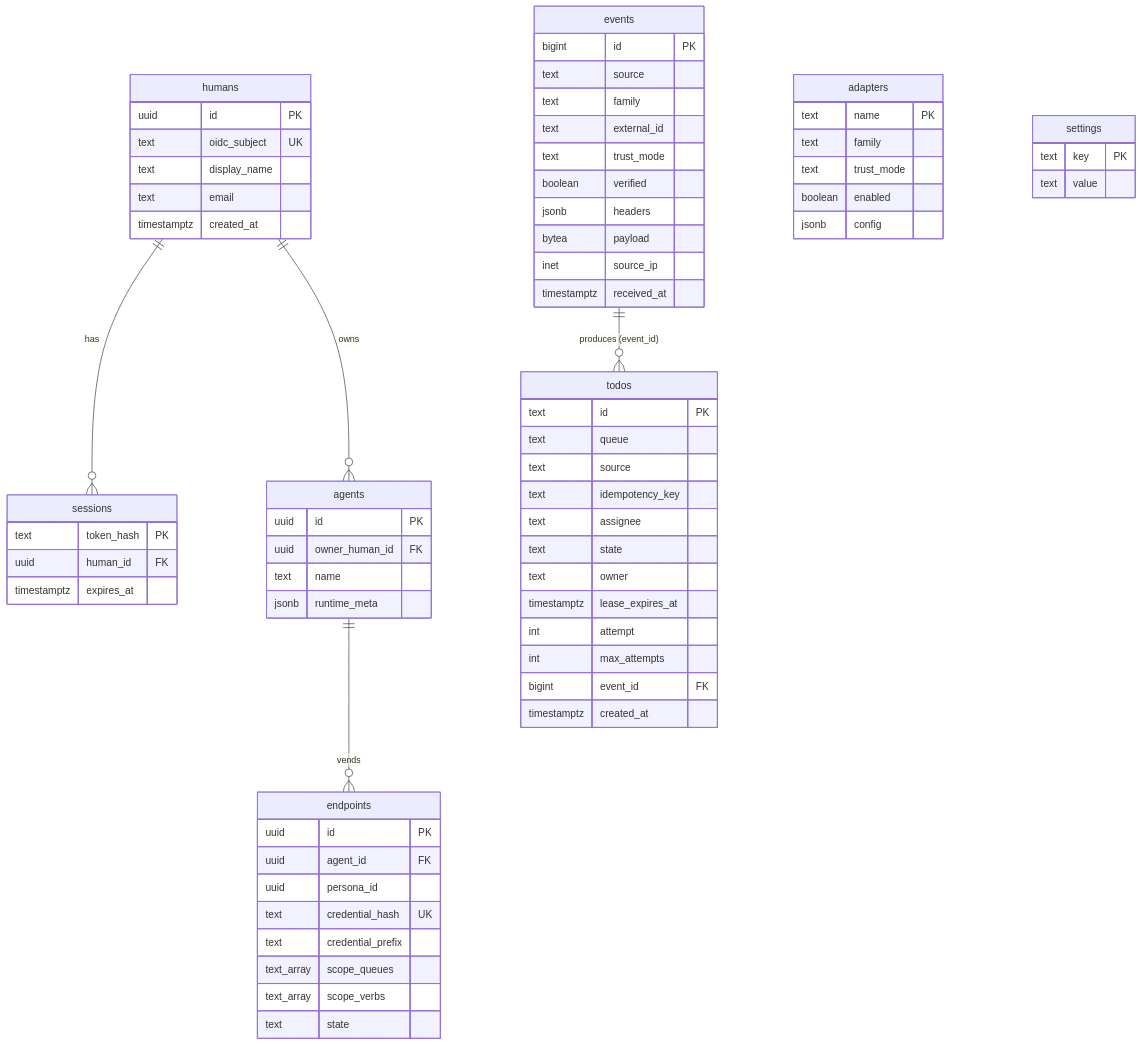
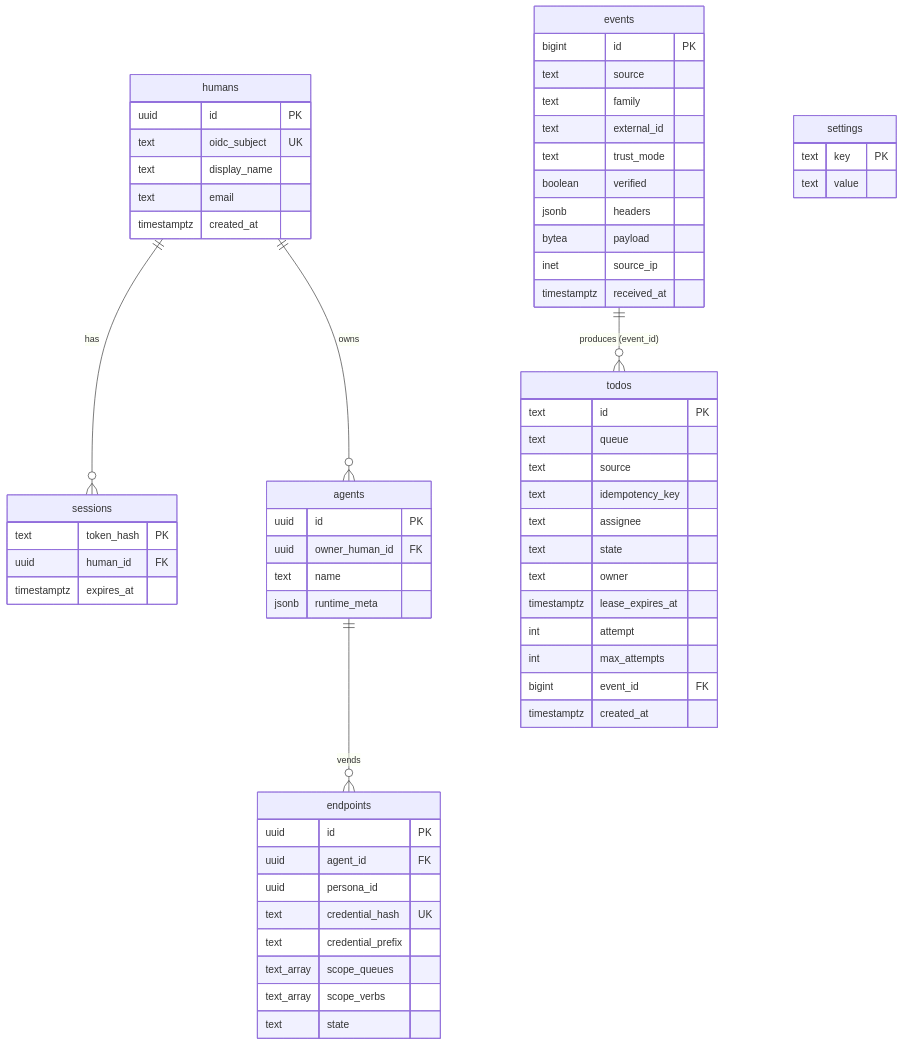
Before and after one commit to stump-wtf/switchboard: the second of 2 diagrams in docs/openspec/specs/persistence/design.md, drawn with Mermaid. The commit also changed other lines of this file and 295 other files, not shown here.

````diff
--- a/docs/openspec/specs/persistence/design.md
+++ b/docs/openspec/specs/persistence/design.md
@@ -110,73 +110,66 @@
 ```mermaid
 erDiagram
   humans ||--o{ sessions : "has"
   humans ||--o{ agents : "owns"
   agents ||--o{ endpoints : "vends"
   events ||--o{ todos : "produces (event_id)"
 
   humans {
     uuid id PK
     text oidc_subject UK
     text display_name
     text email
     timestamptz created_at
   }
   sessions {
     text token_hash PK
     uuid human_id FK
     timestamptz expires_at
   }
   agents {
     uuid id PK
     uuid owner_human_id FK
     text name
     jsonb runtime_meta
   }
   endpoints {
     uuid id PK
     uuid agent_id FK
     uuid persona_id
     text credential_hash UK
     text credential_prefix
     text_array scope_queues
     text_array scope_verbs
     text state
   }
   events {
     bigint id PK
     text source
     text family
     text external_id
     text trust_mode
     boolean verified
     jsonb headers
     bytea payload
     inet source_ip
     timestamptz received_at
   }
   todos {
     text id PK
     text queue
     text source
     text idempotency_key
     text assignee
     text state
     text owner
     timestamptz lease_expires_at
     int attempt
     int max_attempts
     bigint event_id FK
     timestamptz created_at
   }
-  adapters {
-    text name PK
-    text family
-    text trust_mode
-    boolean enabled
-    jsonb config
-  }
   settings {
     text key PK
     text value
   }
 ```
````
